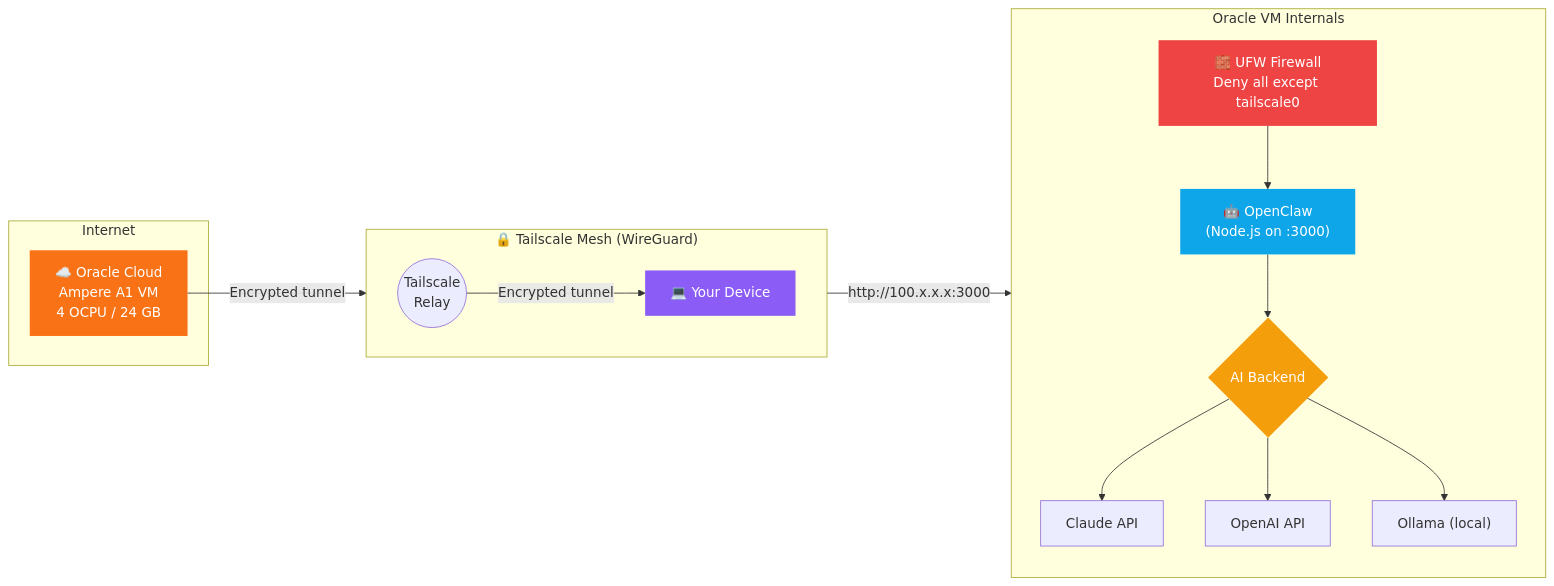
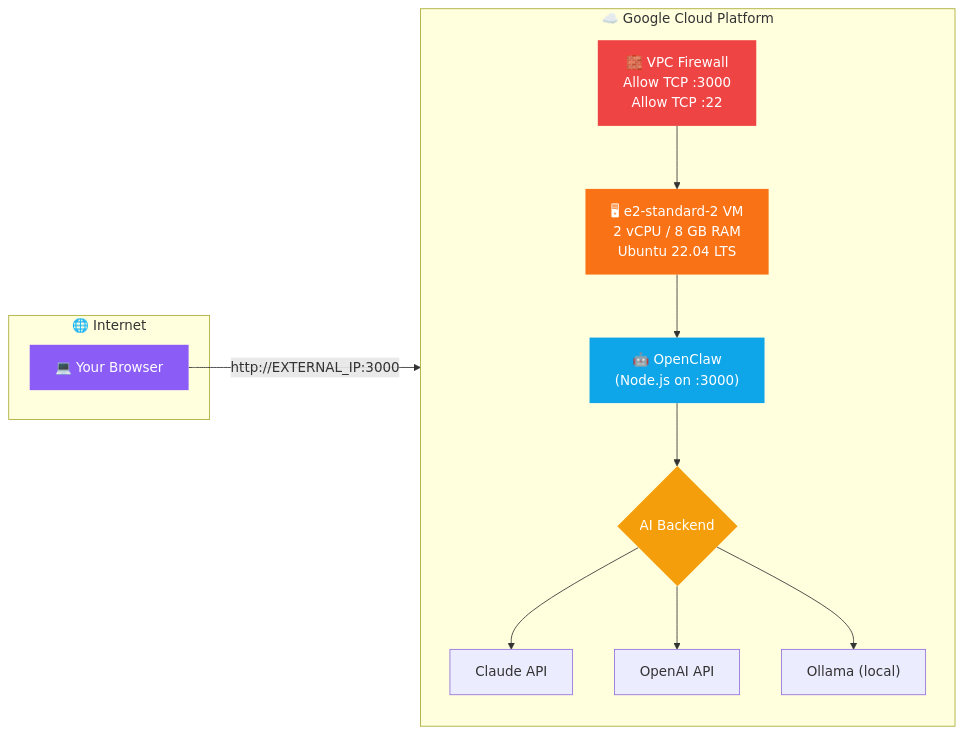
The second of 2 diagrams in README.md (deepakpathik/openclaw-guide), drawn with Mermaid before and after one commit. The commit also changed other lines of this file, not shown here.

Commit message:
docs(deploy): add GCP guide with systemd service config

````diff
--- a/README.md
+++ b/README.md
@@ -63,29 +113,24 @@
 ```mermaid
 flowchart LR
-    subgraph Internet
-        OCI["☁️ Oracle Cloud\nAmpere A1 VM\n4 OCPU / 24 GB"]
+    subgraph Internet["🌐 Internet"]
+        USER["💻 Your Browser"]
     end
 
-    subgraph Tailnet["🔒 Tailscale Mesh (WireGuard)"]
-        direction LR
-        OCI -- "Encrypted tunnel" --> TS(("Tailscale\nRelay"))
-        TS -- "Encrypted tunnel" --> DEV["💻 Your Device"]
-    end
-
-    subgraph VM["Oracle VM Internals"]
+    subgraph GCP["☁️ Google Cloud Platform"]
         direction TB
-        UFW["🧱 UFW Firewall\nDeny all except tailscale0"] --> CLAW["🤖 OpenClaw\n(Node.js on :3000)"]
+        FW["🧱 VPC Firewall\nAllow TCP :3000\nAllow TCP :22"] --> VM["🖥 e2-standard-2 VM\n2 vCPU / 8 GB RAM\nUbuntu 22.04 LTS"]
+        VM --> CLAW["🤖 OpenClaw\n(Node.js on :3000)"]
         CLAW --> AI{"AI Backend"}
         AI --> CL["Claude API"]
         AI --> OA["OpenAI API"]
         AI --> OL["Ollama (local)"]
     end
 
-    DEV -- "http://100.x.x.x:3000" --> UFW
+    USER -- "http://EXTERNAL_IP:3000" --> FW
 
-    style OCI fill:#f97316,color:#fff,stroke:none
-    style DEV fill:#8b5cf6,color:#fff,stroke:none
+    style USER fill:#8b5cf6,color:#fff,stroke:none
+    style VM fill:#f97316,color:#fff,stroke:none
     style CLAW fill:#0ea5e9,color:#fff,stroke:none
-    style UFW fill:#ef4444,color:#fff,stroke:none
+    style FW fill:#ef4444,color:#fff,stroke:none
     style AI fill:#f59e0b,color:#fff,stroke:none
 ```
````
